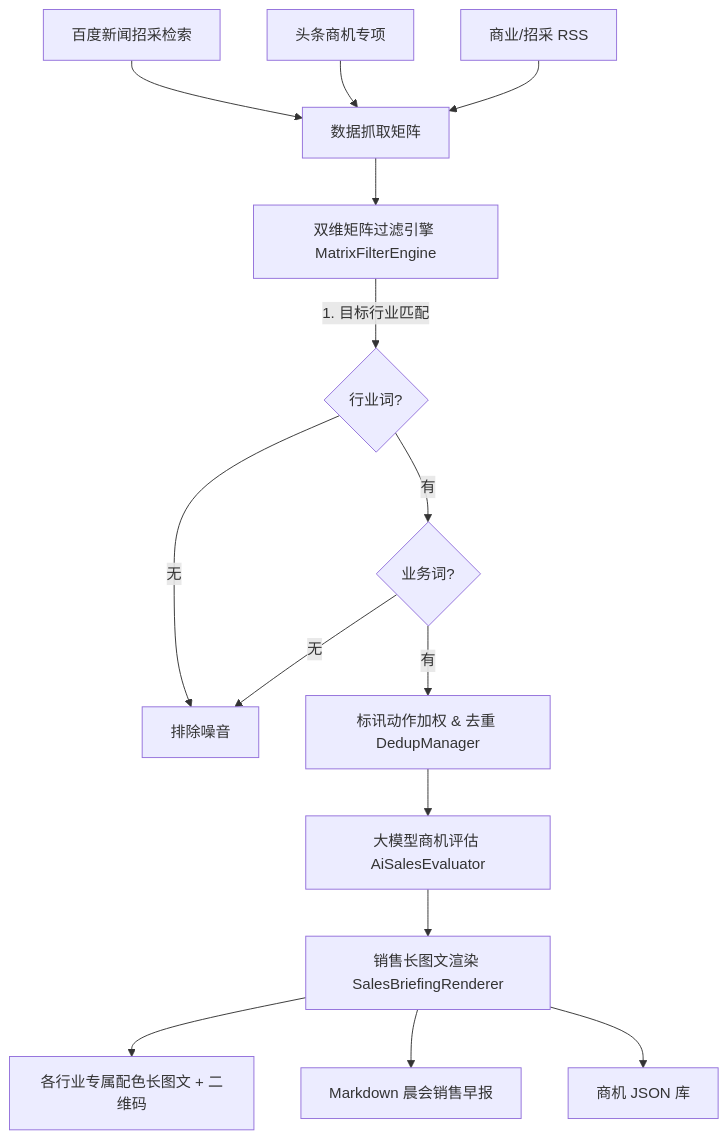
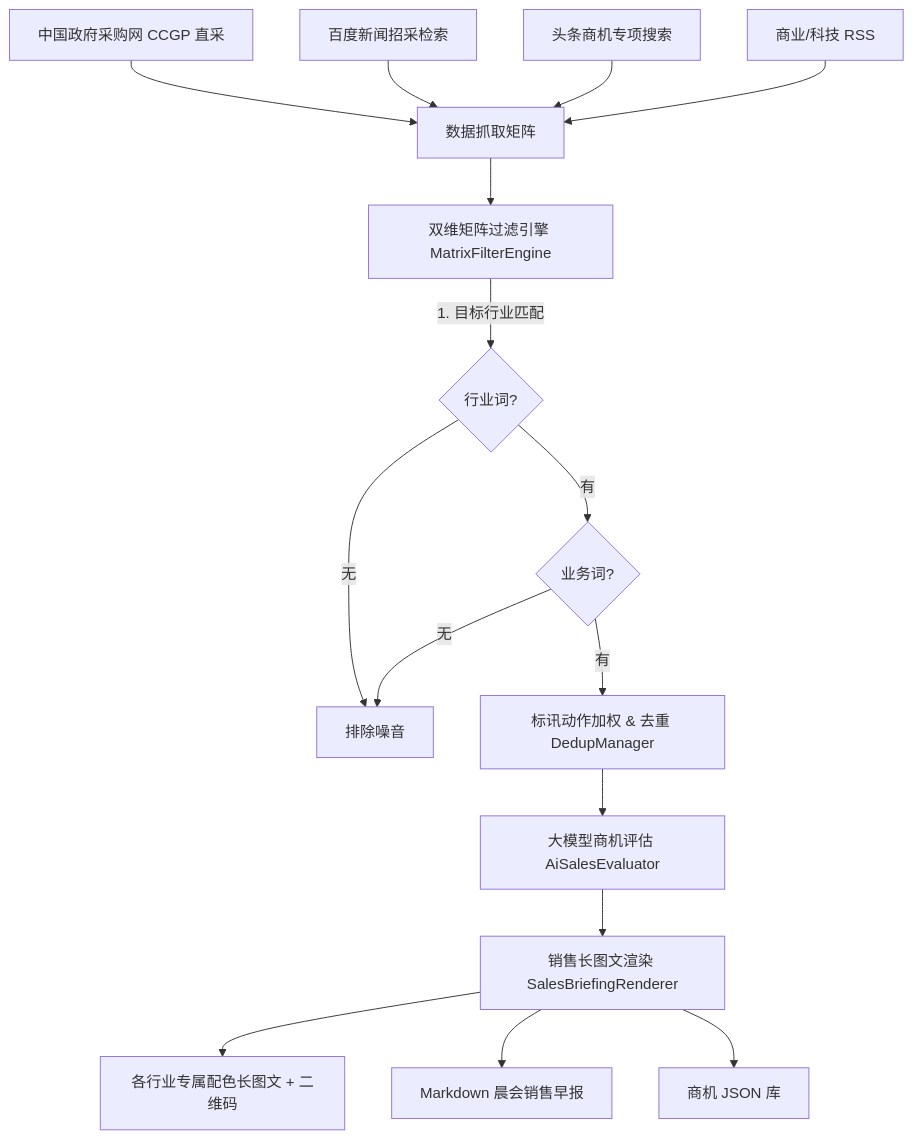
The diagram in README.md (stanleygll-lab/Daily_Business_Information_Assistant), drawn with Mermaid before and after one commit. The commit also changed other lines of this file and 1 other file, not shown here.

Commit message:
docs: update README with CCGP procurement and zero-config LLM endpoints

````diff
--- a/README.md
+++ b/README.md
@@ -53,19 +55,20 @@
 ```mermaid
 graph TD
-    A1[百度新闻招采检索] --> S[数据抓取矩阵]
-    A2[头条商机专项] --> S
-    A3[商业/招采 RSS] --> S
+    A0[中国政府采购网 CCGP 直采] --> S[数据抓取矩阵]
+    A1[百度新闻招采检索] --> S
+    A2[头条商机专项搜索] --> S
+    A3[商业/科技 RSS] --> S
 
     S --> M[双维矩阵过滤引擎 MatrixFilterEngine]
     M -->|1. 目标行业匹配| M1{行业词?}
     M1 -- 无 --> X[排除噪音]
     M1 -- 有 --> M2{业务词?}
     M2 -- 无 --> X
     M2 -- 有 --> B[标讯动作加权 & 去重 DedupManager]
 
     B --> AI[大模型商机评估 AiSalesEvaluator]
     AI --> R[销售长图文渲染 SalesBriefingRenderer]
     R --> O1[各行业专属配色长图文 + 二维码]
     R --> O2[Markdown 晨会销售早报]
     R --> O3[商机 JSON 库]
 ```
````
